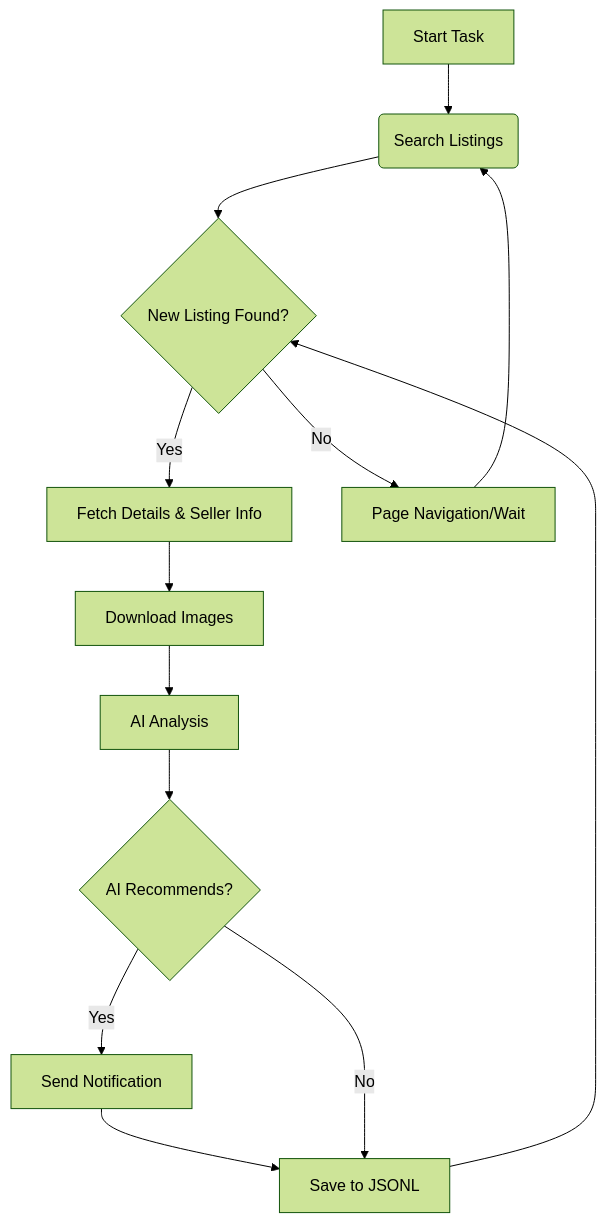
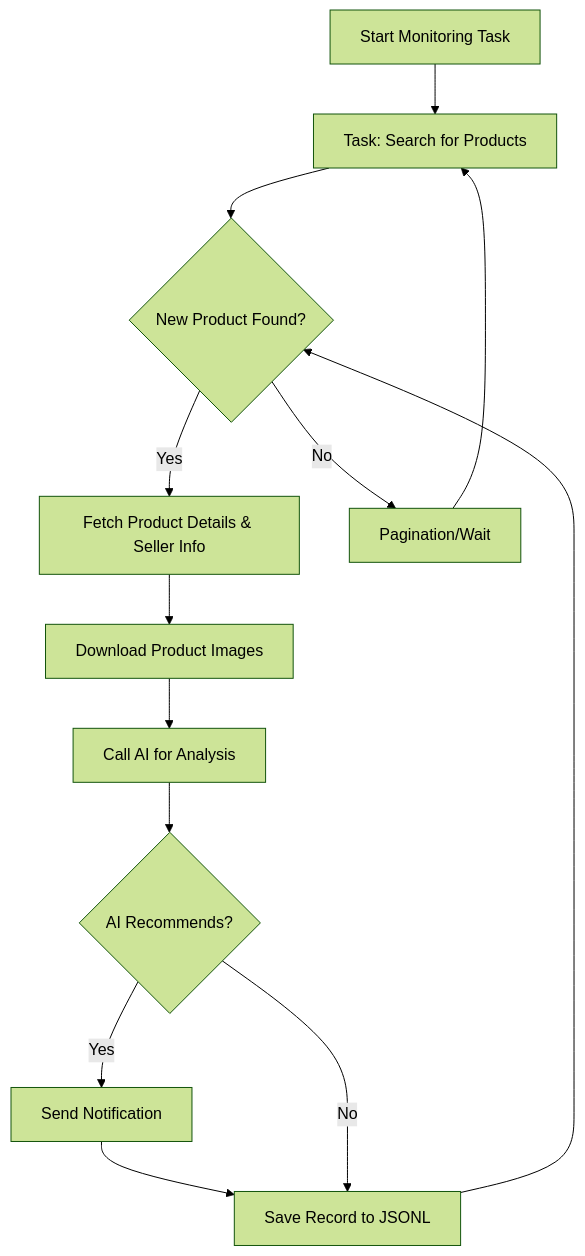
One commit to saurav-z/repo-docs changed the diagram in docs/dingyufei615-ai-goofish-monitor.md. Above: the diagram before and after it, drawn with Mermaid (forest theme). The commit also changed other lines of this file and 215 other files, not shown here.

````diff
--- a/docs/dingyufei615-ai-goofish-monitor.md
+++ b/docs/dingyufei615-ai-goofish-monitor.md
@@ -119,15 +227,15 @@
 ```mermaid
 graph TD
-    A[Start Task] --> B(Search Listings);
-    B --> C{New Listing Found?};
-    C -- Yes --> D[Fetch Details & Seller Info];
-    D --> E[Download Images];
-    E --> F[AI Analysis];
+    A[Start Monitoring Task] --> B[Task: Search for Products];
+    B --> C{New Product Found?};
+    C -- Yes --> D[Fetch Product Details & Seller Info];
+    D --> E[Download Product Images];
+    E --> F[Call AI for Analysis];
     F --> G{AI Recommends?};
     G -- Yes --> H[Send Notification];
-    H --> I[Save to JSONL];
+    H --> I[Save Record to JSONL];
     G -- No --> I;
-    C -- No --> J[Page Navigation/Wait];
+    C -- No --> J[Pagination/Wait];
     J --> B;
     I --> C;
 ```
````
